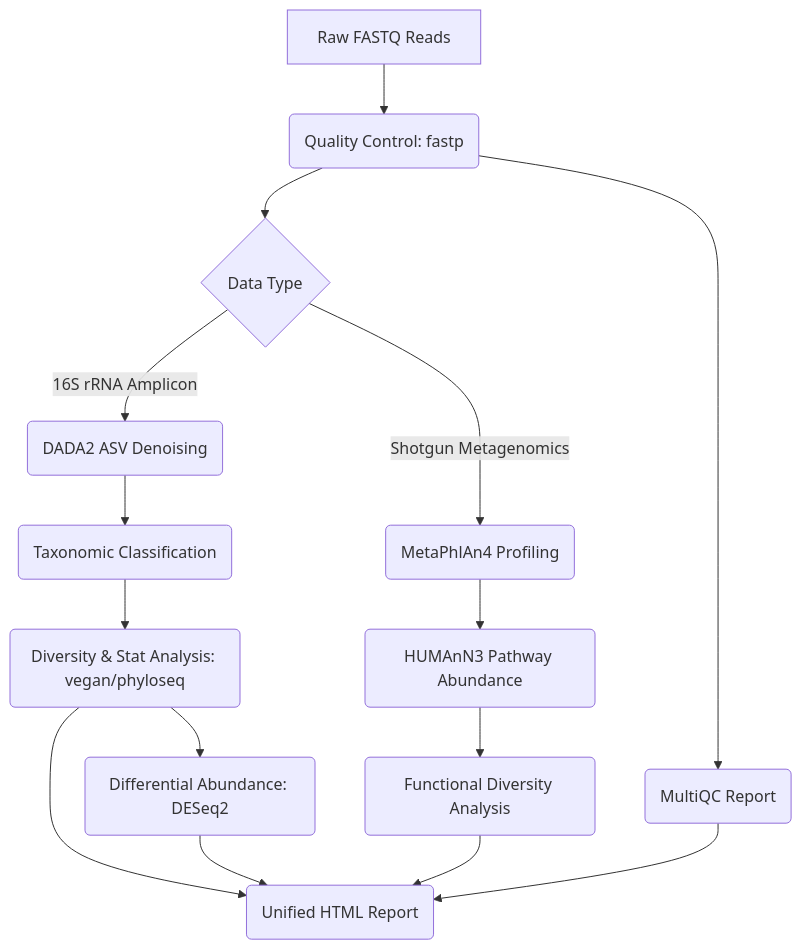
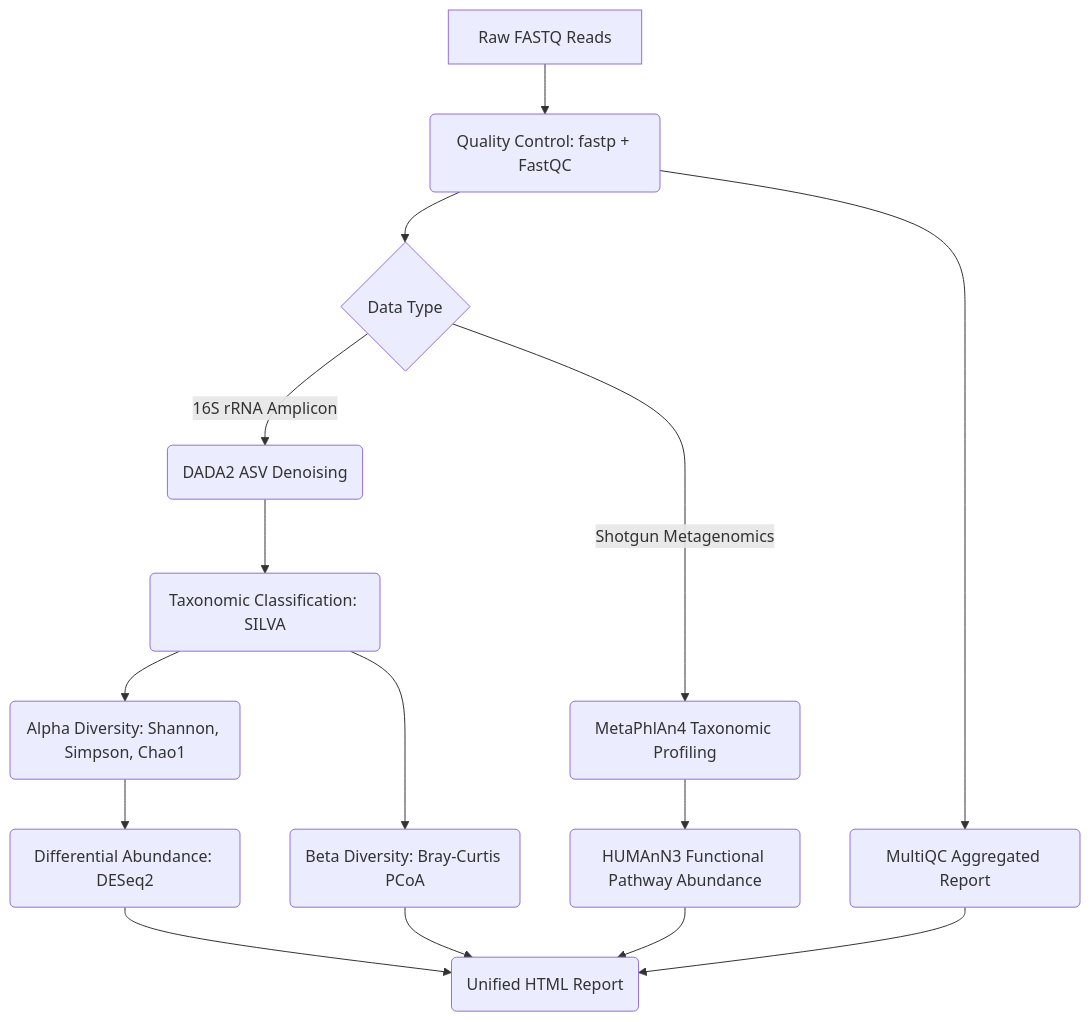
The diagram in README.md (lenax04/microbiome-pipeline), drawn with Mermaid before and after one commit. The commit also changed other lines of this file and 45 other files, not shown here.

````diff
--- a/README.md
+++ b/README.md
@@ -14,20 +18,20 @@
 ```mermaid
 graph TD
-    A[Raw FASTQ Reads] --> B(Quality Control: fastp)
+    A[Raw FASTQ Reads] --> B(Quality Control: fastp + FastQC)
+    B --> K(MultiQC Aggregated Report)
     B --> C{Data Type}
     
     C -->|16S rRNA Amplicon| D(DADA2 ASV Denoising)
-    D --> E(Taxonomic Classification)
-    E --> F(Diversity & Stat Analysis: vegan/phyloseq)
-    F --> G(Differential Abundance: DESeq2)
+    D --> E(Taxonomic Classification: SILVA)
+    E --> F(Alpha Diversity: Shannon, Simpson, Chao1)
+    E --> G(Beta Diversity: Bray-Curtis PCoA)
+    F --> H(Differential Abundance: DESeq2)
     
-    C -->|Shotgun Metagenomics| H(MetaPhlAn4 Profiling)
-    H --> I(HUMAnN3 Pathway Abundance)
-    I --> J(Functional Diversity Analysis)
+    C -->|Shotgun Metagenomics| I(MetaPhlAn4 Taxonomic Profiling)
+    I --> J(HUMAnN3 Functional Pathway Abundance)
     
-    B --> K(MultiQC Report)
-    F --> L(Unified HTML Report)
+    H --> L(Unified HTML Report)
     G --> L
     J --> L
     K --> L
 ```
````
